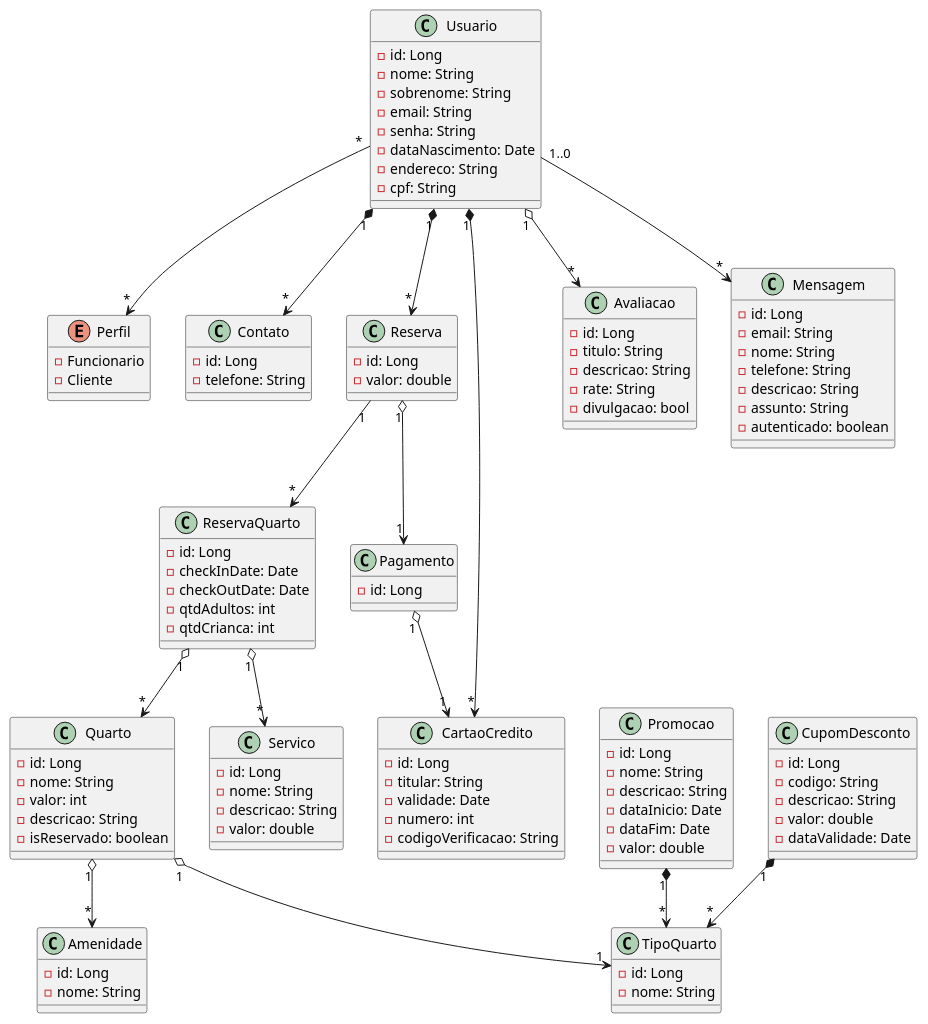
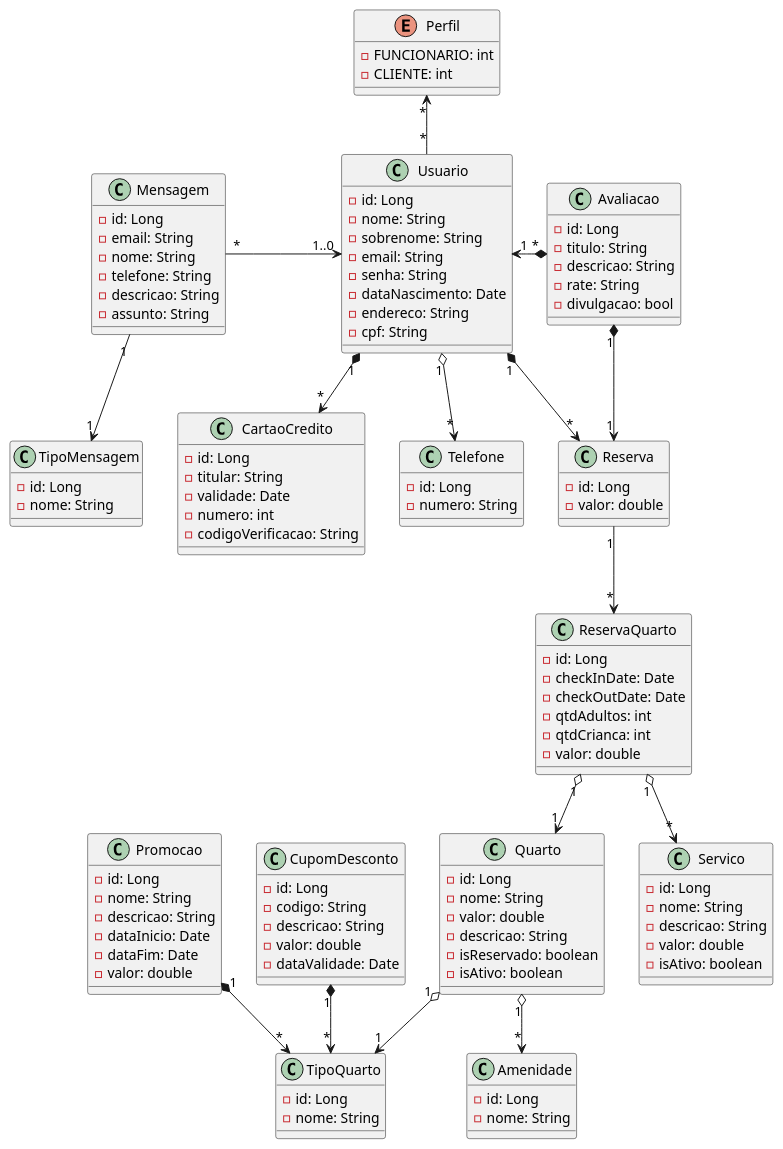
Before and after one commit to Juliana-Paz/quarkus-hotel: the diagram in src/main/resources/documents/Uml_Hotel_Final.puml, drawn with PlantUML.

Commit message:
uml final

```diff
--- a/src/main/resources/documents/Uml_Hotel_Final.puml
+++ b/src/main/resources/documents/Uml_Hotel_Final.puml
@@ -1,126 +1,129 @@
 @startuml OasisHotel
 
 class Usuario {
     - id: Long
     - nome: String
     - sobrenome: String
     - email: String
     - senha: String
     - dataNascimento: Date
     - endereco: String
     - cpf: String
 }
 
 enum Perfil {
-    - Funcionario
-    - Cliente
+    - FUNCIONARIO: int
+    - CLIENTE: int
 }
 
-class Contato {
+class Telefone {
     - id: Long
-    - telefone: String
+    - numero: String
 }
 
 class Quarto {
     - id: Long
     - nome: String
-    - valor: int
+    - valor: double
     - descricao: String
     - isReservado: boolean
+    - isAtivo: boolean
 }
 
 class TipoQuarto {
     - id: Long
     - nome: String
 }
 
 class Amenidade {
     - id: Long
     - nome: String
 }
 
 class Promocao {
     - id: Long
     - nome: String
     - descricao: String
     - dataInicio: Date
     - dataFim: Date
     - valor: double
 }
 
 class ReservaQuarto {
     - id: Long
     - checkInDate: Date
     - checkOutDate: Date
     - qtdAdultos: int
     - qtdCrianca: int
+    - valor: double
 }
 
 class Servico {
     - id: Long
     - nome: String
     - descricao: String
     - valor: double
+    - isAtivo: boolean
 }
 
 class Reserva {
     - id: Long
     - valor: double
-}
-
-class Pagamento {
-    - id: Long
 }
 
 class CartaoCredito {
     - id: Long
     - titular: String
     - validade: Date
     - numero: int 
     - codigoVerificacao: String
 }
 
 class CupomDesconto {
     - id: Long
     - codigo: String
     - descricao: String
     - valor: double
     - dataValidade: Date
 }
 
 class Avaliacao {
     - id: Long
     - titulo: String
     - descricao: String
     - rate: String
     - divulgacao: bool
 }
 
 class Mensagem {
     - id: Long
     - email: String
     - nome: String
     - telefone: String
     - descricao: String
     - assunto: String
-    - autenticado: boolean
 }
 
-Usuario "1" *--> "*" Contato
-Usuario "1..0" --> "*" Mensagem
-Usuario "*" --> "*" Perfil
+class TipoMensagem {
+    - id: Long
+    - nome: String
+}
+
+Usuario "1" o--> "*" Telefone
+Usuario "*" -up-> "*" Perfil
 Usuario "1" *--> "*" CartaoCredito
-Usuario "1" o--> "*" Avaliacao
+Mensagem "*" -right-> "1..0" Usuario
+Mensagem "1" --> "1" TipoMensagem
+Avaliacao "*" *-left-> "1" Usuario
+Avaliacao "1" *--> "1" Reserva
 Usuario "1" *--> "*" Reserva
-Reserva "1" o--> "1" Pagamento
-Pagamento "1" o--> "1" CartaoCredito
 Reserva "1" --> "*" ReservaQuarto
 ReservaQuarto "1" o--> "*" Servico
-ReservaQuarto "1" o--> "*" Quarto
+ReservaQuarto "1" o--> "1" Quarto
 Quarto "1" o--> "*" Amenidade
 Quarto "1" o--> "1" TipoQuarto
 Promocao "1" *--> "*" TipoQuarto
 CupomDesconto "1" *--> "*" TipoQuarto
 
 
 @enduml
```
